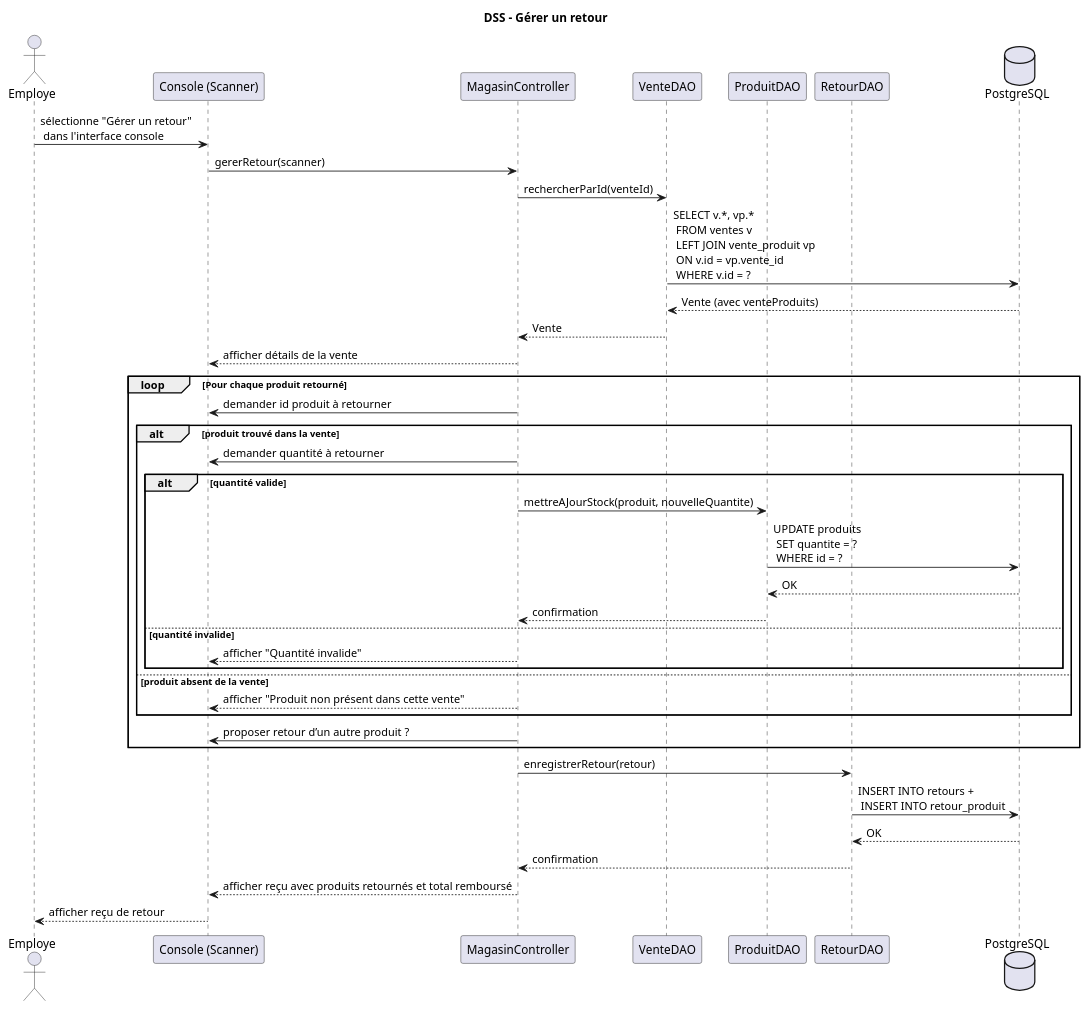
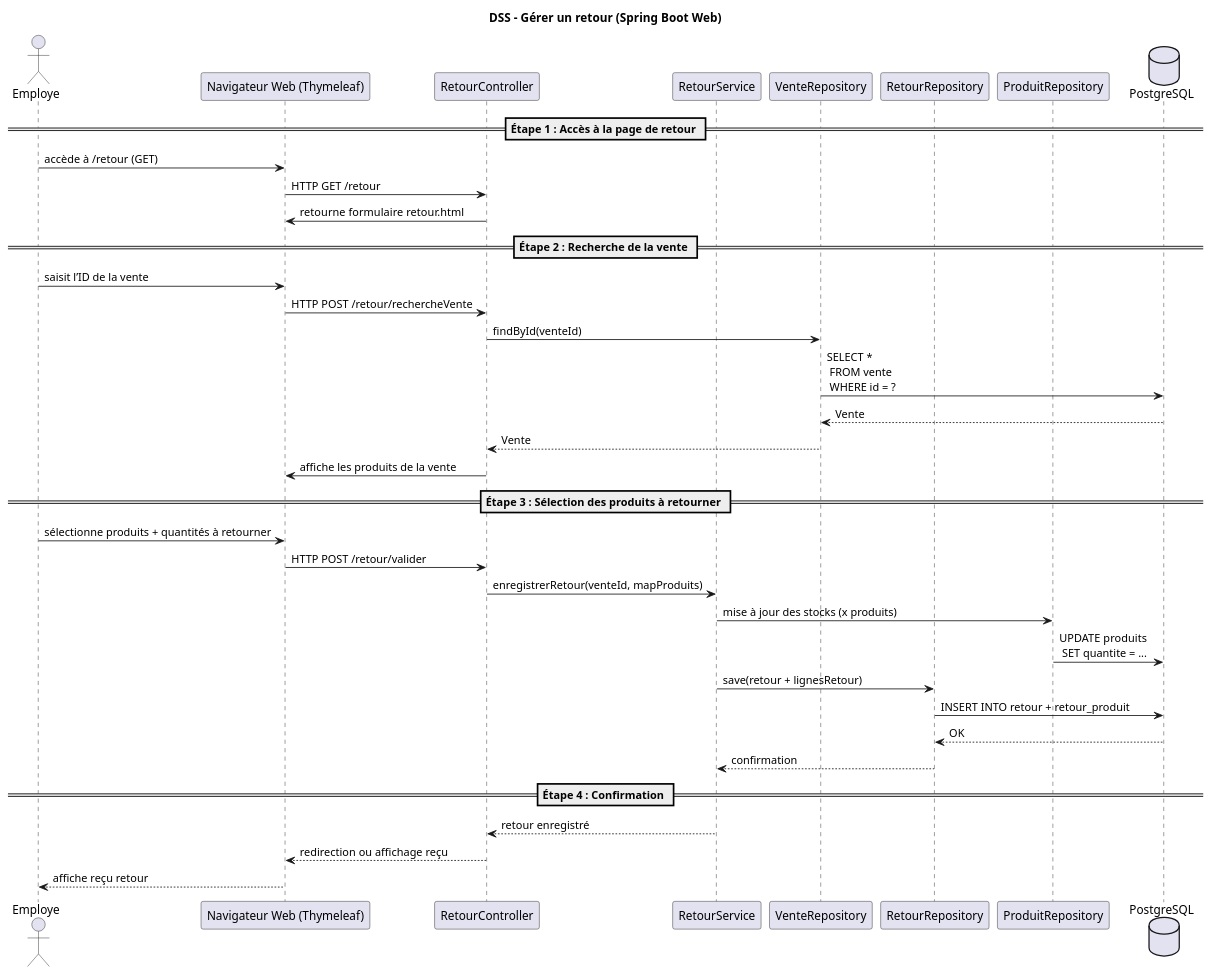
One commit to SlitherinSnake/tp0-1-2-log430 changed the diagram in docs/diagrams/dss/gererRetour.puml. Above: the diagram before and after it, drawn with PlantUML. The commit also changed 14 other files, not shown here.

```diff
--- a/docs/diagrams/dss/gererRetour.puml
+++ b/docs/diagrams/dss/gererRetour.puml
@@ -1,80 +1,86 @@
 @startuml
-title DSS – Gérer un retour
+title DSS – Gérer un retour (Spring Boot Web)
 
-' === Acteurs et composants impliqués ===
-' L'utilisateur humain (l'employé)
+' === Acteur principal ===
 actor Employe
-' Interface console qui lit la saisie
-participant "Console (Scanner)" as Console
-' Contrôleur principal qui orchestre les actions
-participant "MagasinController" as Controller
-' DAO pour accéder à la vente d’origine
-participant "VenteDAO" as VenteDAO
-' DAO pour mettre à jour le stock et accéder aux produits
-participant "ProduitDAO" as ProduitDAO
-' DAO pour enregistrer le retour
-participant "RetourDAO" as RetourDAO
-' Base de données relationnelle utilisée (via Hibernate)
+
+' === Composants du système ===
+participant "Navigateur Web (Thymeleaf)" as Vue
+participant "RetourController" as Controller
+participant "RetourService" as Service
+participant "VenteRepository" as VenteRepo
+participant "RetourRepository" as RetourRepo
+participant "ProduitRepository" as ProduitRepo
 database "PostgreSQL"
 
-' === Début du scénario ===
-'  L’utilisateur interagit avec la console pour choisir l'option de retour de produits
-Employe -> Console : sélectionne "Gérer un retour" \n dans l'interface console
+== Étape 1 : Accès à la page de retour ==
+Employe -> Vue : accède à /retour (GET)
+' L’employé clique sur le lien ou le bouton "Retour" dans l’interface
 
-' La console appelle le contrôleur avec un Scanner comme paramètre
-Console -> Controller : gererRetour(scanner)
+Vue -> Controller : HTTP GET /retour
+' Le navigateur envoie une requête GET au contrôleur pour charger le formulaire
 
-' === Étape 1 : Identification de la vente concernée ===
-Controller -> VenteDAO : rechercherParId(venteId)
-' Le contrôleur demande au DAO la vente en question avec ses produits
+Controller -> Vue : retourne formulaire retour.html
+' Le contrôleur retourne la vue HTML contenant le formulaire de recherche de vente
 
-VenteDAO -> PostgreSQL : SELECT v.*, vp.* \n FROM ventes v \n LEFT JOIN vente_produit vp \n ON v.id = vp.vente_id \n WHERE v.id = ?
-' Hibernate effectue une jointure pour récupérer la vente et ses produits en une seule requête
+== Étape 2 : Recherche de la vente ==
+Employe -> Vue : saisit l’ID de la vente
+' L’utilisateur entre l’identifiant de la vente concernée dans le champ prévu
 
-PostgreSQL --> VenteDAO : Vente (avec venteProduits)
-VenteDAO --> Controller : Vente
-Controller --> Console : afficher détails de la vente
-' La vente est affichée avec ses produits pour que l’employé vérifie les infos
+Vue -> Controller : HTTP POST /retour/rechercheVente
+' Le formulaire est soumis au contrôleur via une requête POST
 
-' === Étape 2 : Saisie des produits à retourner ===
-loop Pour chaque produit retourné
-    Controller -> Console : demander id produit à retourner
-    ' Le contrôleur demande à l'utilisateur de saisir l'ID d’un produit
+Controller -> VenteRepo : findById(venteId)
+' Le contrôleur appelle le repository pour retrouver la vente correspondante
 
-    alt produit trouvé dans la vente
-        ' Vérifie que le produit saisi faisait partie de la vente d'origine
-        Controller -> Console : demander quantité à retourner
+VenteRepo -> PostgreSQL : SELECT * \n FROM vente \n WHERE id = ?
+' Exécution d’une requête SQL pour récupérer la vente et ses détails
 
-        alt quantité valide
-            ' Si la quantité retournée est correcte
-            Controller -> ProduitDAO : mettreAJourStock(produit, nouvelleQuantite)
-            ProduitDAO -> PostgreSQL : UPDATE produits \n SET quantite = ? \n WHERE id = ?
-            PostgreSQL --> ProduitDAO : OK
-            ProduitDAO --> Controller : confirmation
-            ' Le stock est mis à jour suite au retour
-        else quantité invalide
-            Controller --> Console : afficher "Quantité invalide"
-            ' Si la quantité retournée est incorrecte, message d’erreur
-        end
-    else produit absent de la vente
-        Controller --> Console : afficher "Produit non présent dans cette vente"
-        ' Si l'ID du produit ne fait pas partie des produits de la vente
-    end
+PostgreSQL --> VenteRepo : Vente
+' Résultat : l’objet Vente avec ses produits associés est retourné
 
-    Controller -> Console : proposer retour d’un autre produit ?
-    ' Reboucle tant que l’utilisateur veut retourner d’autres produits
-end
+VenteRepo --> Controller : Vente
+' Le repository transmet l’objet Vente au contrôleur
 
-' === Étape 3 : Création et enregistrement du retour ===
-Controller -> RetourDAO : enregistrerRetour(retour)
-' Une fois tous les produits saisis, le retour est enregistré avec les objets associés
+Controller -> Vue : affiche les produits de la vente
+' Le contrôleur passe les détails de la vente à la vue pour affichage
 
-RetourDAO -> PostgreSQL : INSERT INTO retours + \n INSERT INTO retour_produit
-PostgreSQL --> RetourDAO : OK
-RetourDAO --> Controller : confirmation
+== Étape 3 : Sélection des produits à retourner ==
+Employe -> Vue : sélectionne produits + quantités à retourner
+' L’utilisateur coche les produits à retourner et entre les quantités
 
-' === Étape finale : Affichage du reçu de retour ===
-Controller --> Console : afficher reçu avec produits retournés et total remboursé
-Console --> Employe : afficher reçu de retour
-' Affiche la facture du retour à l'utilisateur
+Vue -> Controller : HTTP POST /retour/valider
+' Le formulaire de retour est soumis pour validation et traitement
+
+Controller -> Service : enregistrerRetour(venteId, mapProduits)
+' Le contrôleur délègue la logique métier de validation et sauvegarde au service
+
+Service -> ProduitRepo : mise à jour des stocks (x produits)
+' Le service met à jour les quantités disponibles en stock pour chaque produit retourné
+
+ProduitRepo -> PostgreSQL : UPDATE produits \n SET quantite = ...
+' Exécution des requêtes SQL de mise à jour pour chaque produit
+
+Service -> RetourRepo : save(retour + lignesRetour)
+' Le service sauvegarde l’objet `Retour` et les lignes associées (produits retournés)
+
+RetourRepo -> PostgreSQL : INSERT INTO retour + retour_produit
+' Insertion dans les tables `retour` et `retour_produit` via JPA/Hibernate
+
+PostgreSQL --> RetourRepo : OK
+' Confirmation de la persistance en base
+
+RetourRepo --> Service : confirmation
+' Retour du statut de sauvegarde au service
+
+== Étape 4 : Confirmation ==
+Service --> Controller : retour enregistré
+' Le service confirme que le retour a été correctement enregistré
+
+Controller --> Vue : redirection ou affichage reçu
+' Le contrôleur redirige l’utilisateur ou génère une page de reçu
+
+Vue --> Employe : affiche reçu retour
+' L’interface affiche le reçu récapitulatif du retour à l’employé
+
 @enduml
```
